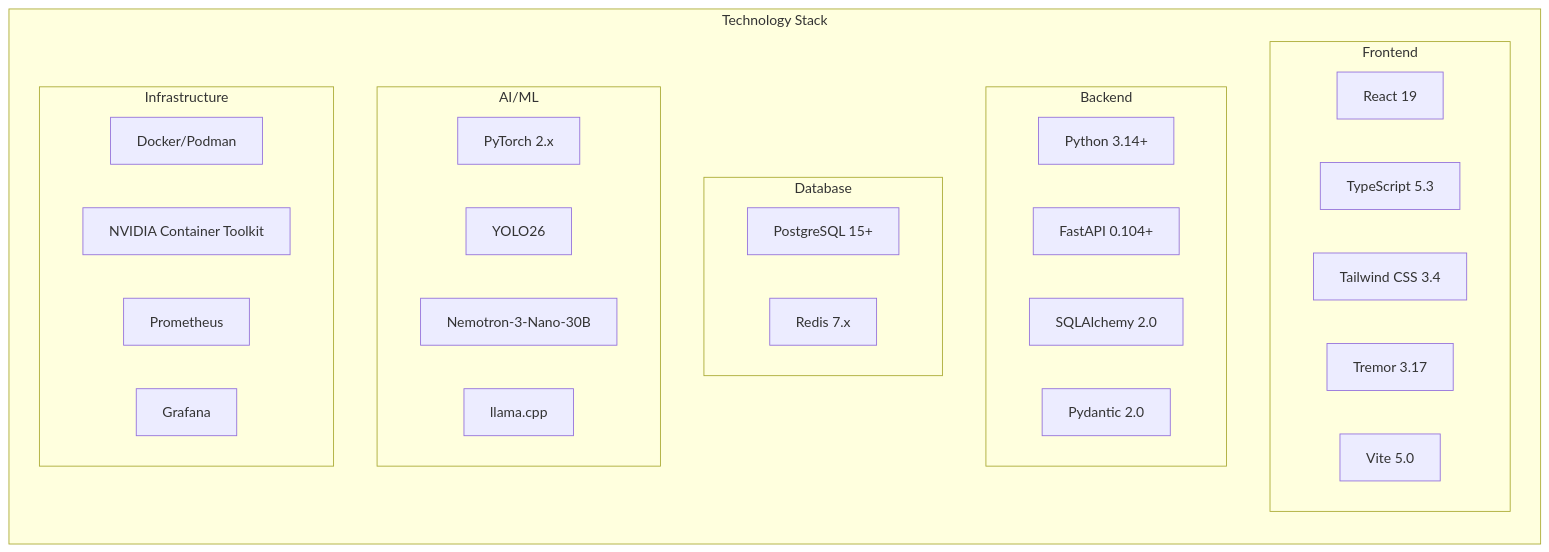
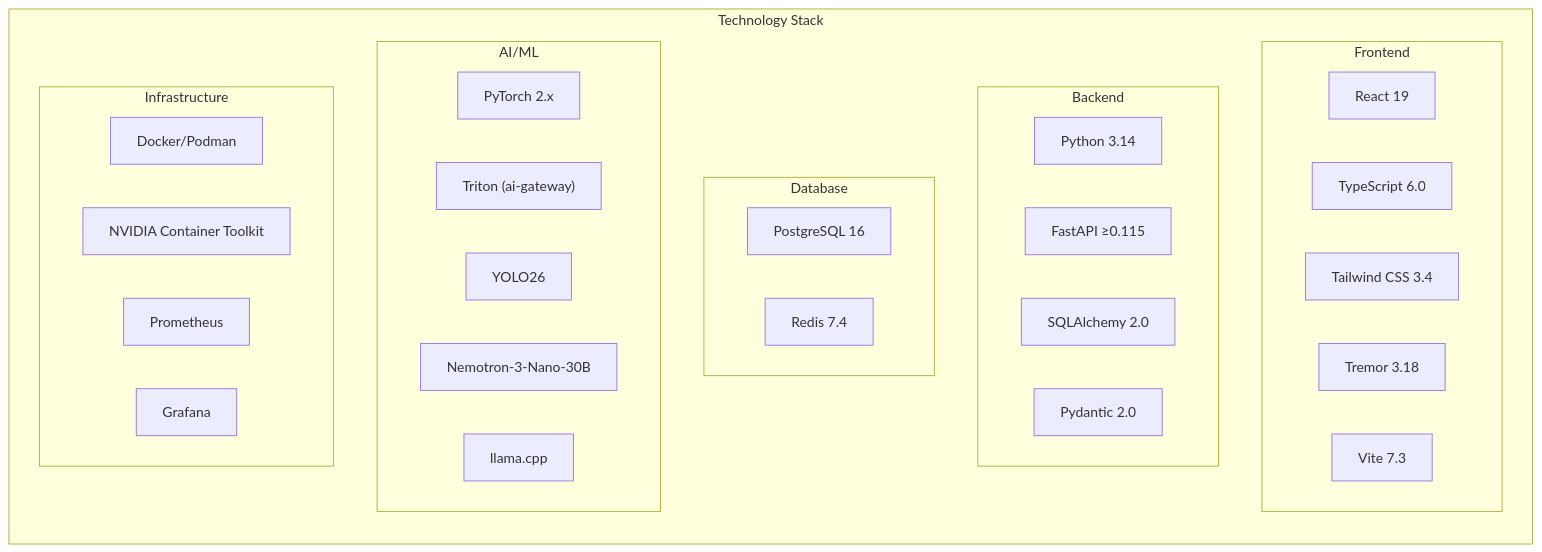
Before and after one commit to mikesvoboda/nemotron-v3-home-security-intelligence: the second of 2 diagrams in docs/architecture/system-overview/README.md, drawn with Mermaid. The commit also changed other lines of this file and 313 other files, not shown here.

````diff
--- a/docs/architecture/system-overview/README.md
+++ b/docs/architecture/system-overview/README.md
@@ -72,40 +63,41 @@
 ```mermaid
 flowchart TB
     subgraph Stack["Technology Stack"]
         direction TB
 
         subgraph FE["Frontend"]
             React["React 19"]
-            TS["TypeScript 5.3"]
+            TS["TypeScript 6.0"]
             Tailwind["Tailwind CSS 3.4"]
-            Tremor["Tremor 3.17"]
-            Vite["Vite 5.0"]
+            Tremor["Tremor 3.18"]
+            Vite["Vite 7.3"]
         end
 
         subgraph BE["Backend"]
-            Python["Python 3.14+"]
-            FastAPI["FastAPI 0.104+"]
+            Python["Python 3.14"]
+            FastAPI["FastAPI ≥0.115"]
             SQLAlchemy["SQLAlchemy 2.0"]
             Pydantic["Pydantic 2.0"]
         end
 
         subgraph DB["Database"]
-            PG["PostgreSQL 15+"]
-            Redis["Redis 7.x"]
+            PG["PostgreSQL 16"]
+            Redis["Redis 7.4"]
         end
 
         subgraph ML["AI/ML"]
             PyTorch["PyTorch 2.x"]
+            Triton["Triton (ai-gateway)"]
             YOLO26["YOLO26"]
             Nemotron["Nemotron-3-Nano-30B"]
             LlamaCpp["llama.cpp"]
         end
 
         subgraph Infra["Infrastructure"]
             Docker["Docker/Podman"]
             NVIDIA["NVIDIA Container Toolkit"]
             Prom["Prometheus"]
             Graf["Grafana"]
         end
     end
 ```
````
